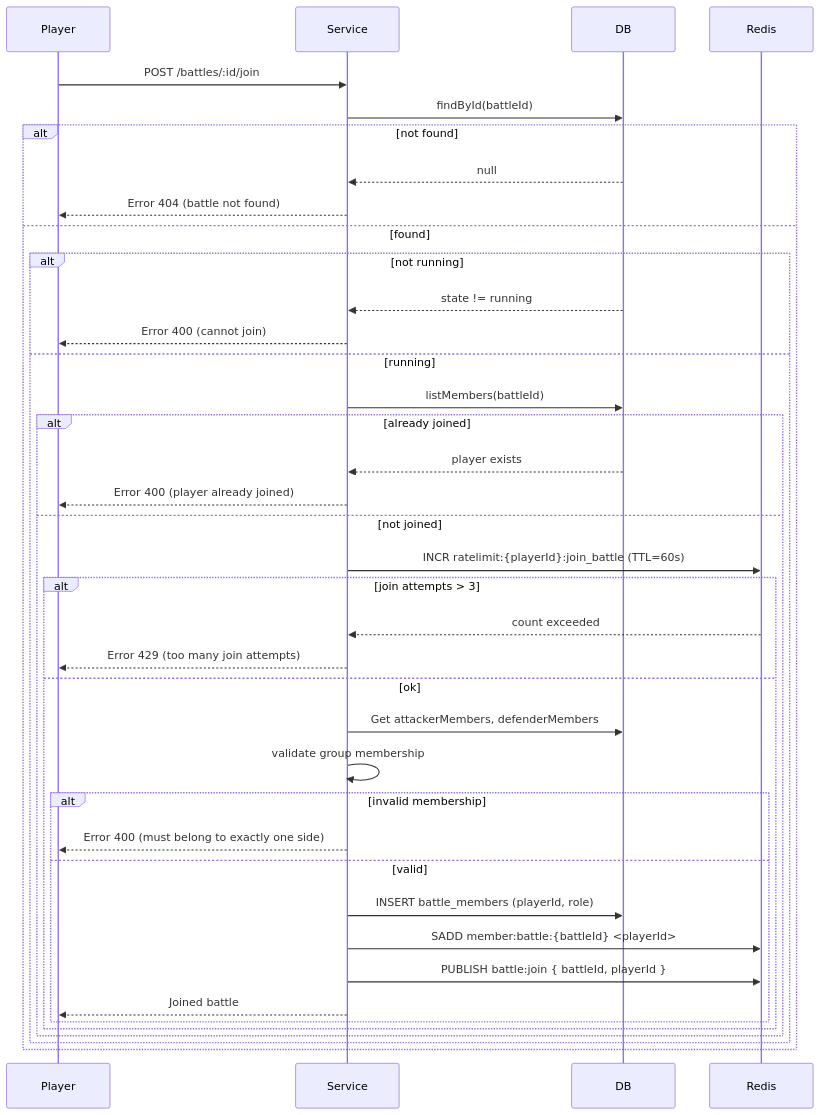
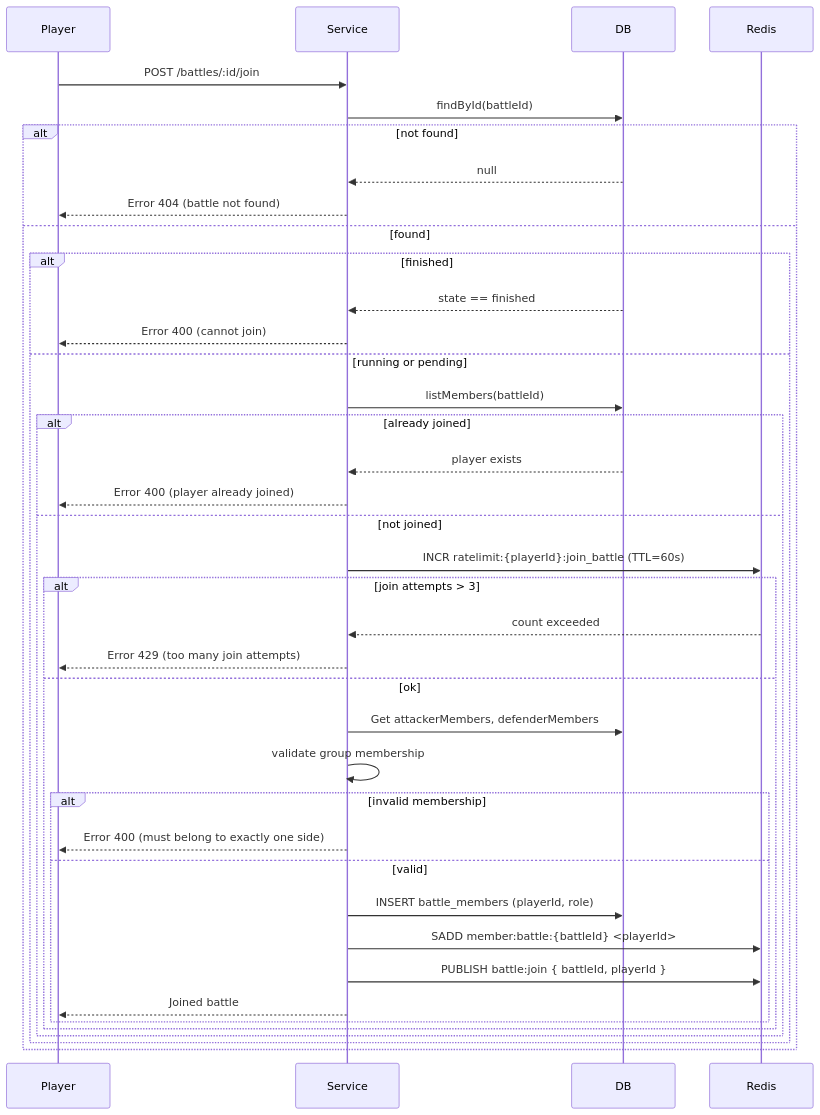
Before and after one commit to akulnurislam/social-game: the third of 5 diagrams in README.md, drawn with Mermaid. The commit also changed 1 other file, not shown here.

Commit message:
prepare testing documentation

````diff
--- a/README.md
+++ b/README.md
@@ -265,42 +265,42 @@
    ```mermaid
    sequenceDiagram
        participant Player
        participant Service
        participant DB
        participant Redis
    
        Player->>Service: POST /battles/:id/join
        Service->>DB: findById(battleId)
        alt not found
            DB-->>Service: null
            Service-->>Player: Error 404 (battle not found)
        else found
-           alt not running
-               DB-->>Service: state != running
+           alt finished
+               DB-->>Service: state == finished
                Service-->>Player: Error 400 (cannot join)
-           else running
+           else running or pending
                Service->>DB: listMembers(battleId)
                alt already joined
                    DB-->>Service: player exists
                    Service-->>Player: Error 400 (player already joined)
                else not joined
                    Service->>Redis: INCR ratelimit:{playerId}:join_battle (TTL=60s)
                    alt join attempts > 3
                        Redis-->>Service: count exceeded
                        Service-->>Player: Error 429 (too many join attempts)
                    else ok
                        Service->>DB: Get attackerMembers, defenderMembers
                        Service->>Service: validate group membership
                        alt invalid membership
                            Service-->>Player: Error 400 (must belong to exactly one side)
                        else valid
                            Service->>DB: INSERT battle_members (playerId, role)
                            Service->>Redis: SADD member:battle:{battleId} <playerId>
                            Service->>Redis: PUBLISH battle:join { battleId, playerId }
                            Service-->>Player: Joined battle
                        end
                    end
                end
            end
        end
    ```
````
